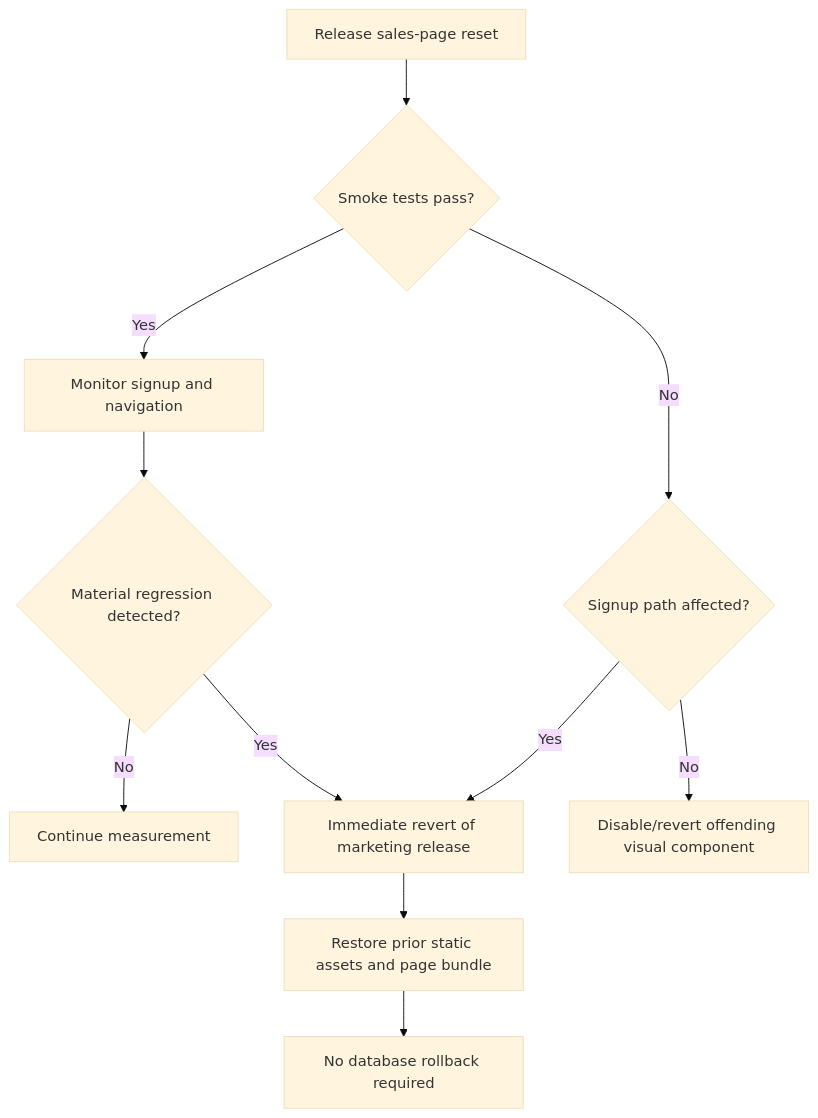
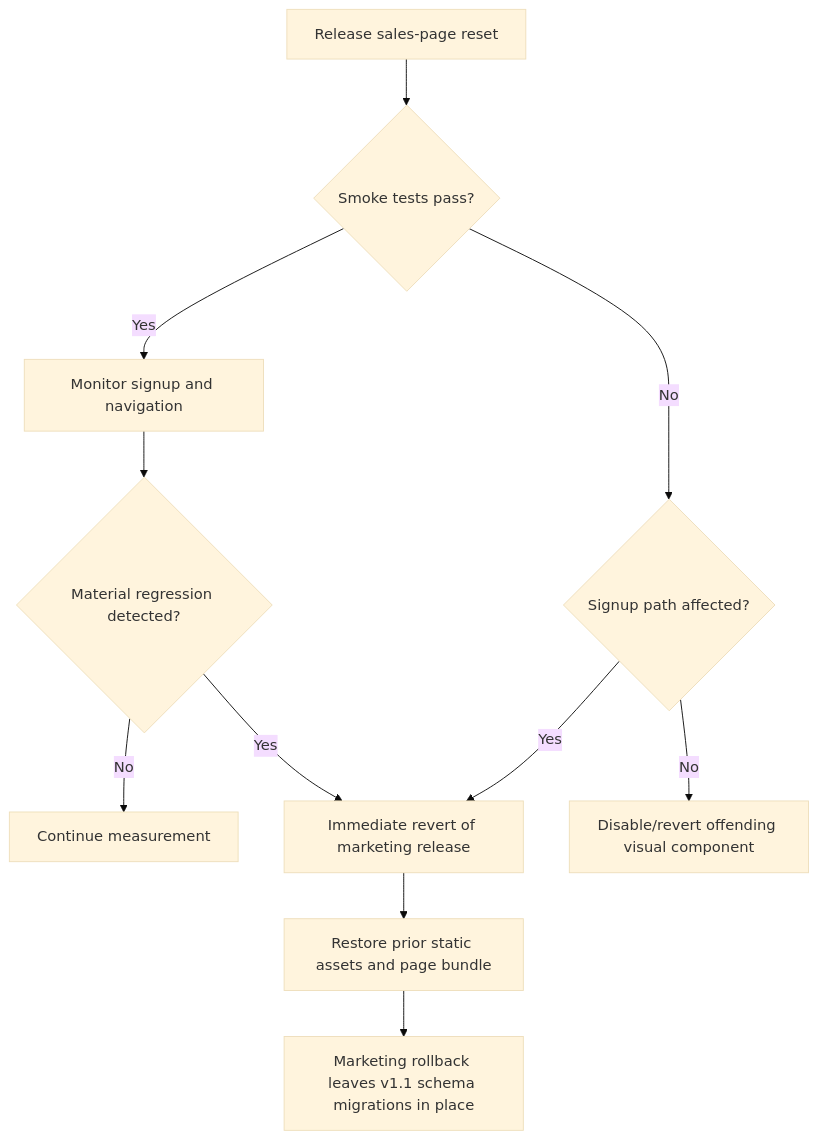
The seventh of 7 diagrams in VIDMAGNET-SALES-PAGE-CLARITY-RESET.md (alinkenauger/SportsContentMagnet), drawn with Mermaid (base theme) before and after one commit. The commit also changed other lines of this file and 11 other files, not shown here.

```diff
--- a/VIDMAGNET-SALES-PAGE-CLARITY-RESET.md
+++ b/VIDMAGNET-SALES-PAGE-CLARITY-RESET.md
@@ -1235,13 +1235,13 @@
 ~~~mermaid
 flowchart TD
   A["Release sales-page reset"] --> B{"Smoke tests pass?"}
   B -->|Yes| C["Monitor signup and navigation"]
   B -->|No| D{"Signup path affected?"}
   D -->|Yes| E["Immediate revert of marketing release"]
   D -->|No| F["Disable/revert offending visual component"]
   C --> G{"Material regression detected?"}
   G -->|No| H["Continue measurement"]
   G -->|Yes| E
   E --> I["Restore prior static assets and page bundle"]
-  I --> J["No database rollback required"]
+  I --> J["Marketing rollback leaves v1.1 schema migrations in place"]
 ~~~
```
